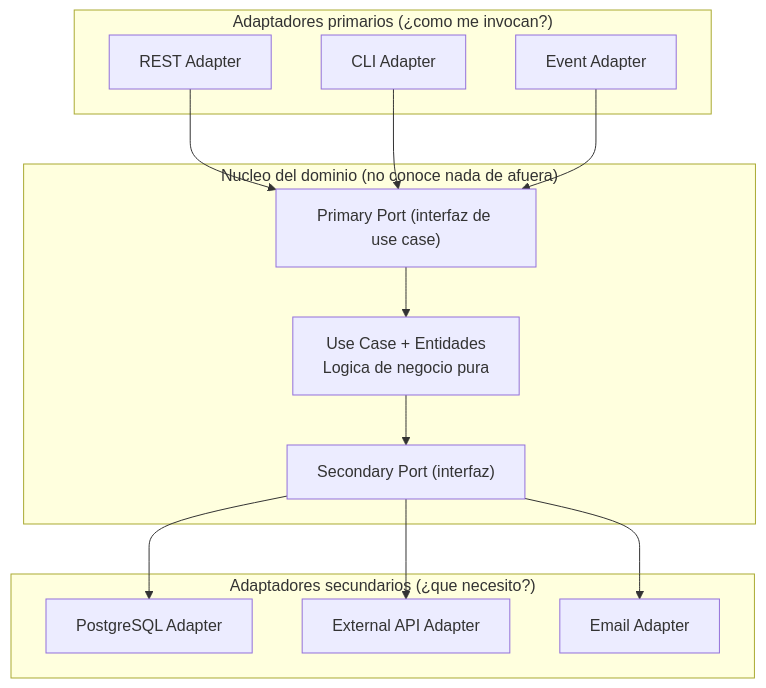
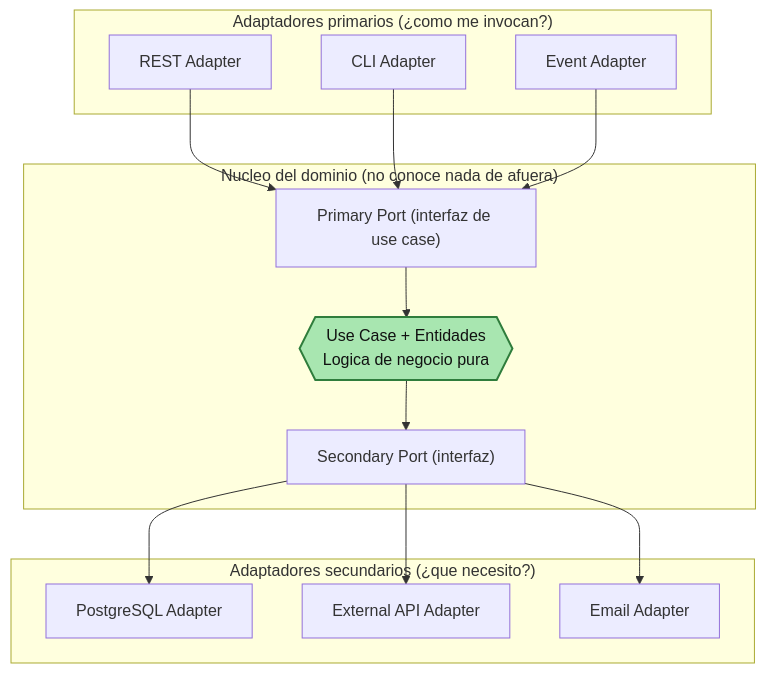
The sixth of 15 diagrams in docs/ads/sesiones/S04_Arquitecturas_Modernas.md (262ciclo4/bomerp), drawn with Mermaid before and after one commit. The commit also changed other lines of this file and 1 other file, not shown here.

Commit message:
Sesion 4

````diff
--- a/docs/ads/sesiones/S04_Arquitecturas_Modernas.md
+++ b/docs/ads/sesiones/S04_Arquitecturas_Modernas.md
@@ -219,26 +219,29 @@
 ```mermaid
 flowchart TB
     subgraph Primarios["Adaptadores primarios (¿como me invocan?)"]
         RestAdapter["REST Adapter"]
         CliAdapter["CLI Adapter"]
         EventAdapter["Event Adapter"]
     end
     subgraph Dominio["Nucleo del dominio (no conoce nada de afuera)"]
         PrimaryPort["Primary Port (interfaz de use case)"]
-        UseCase["Use Case + Entidades<br/>Logica de negocio pura"]
+        UseCase{{"Use Case + Entidades<br/>Logica de negocio pura"}}
         SecondaryPort["Secondary Port (interfaz)"]
         PrimaryPort --> UseCase --> SecondaryPort
     end
     subgraph Secundarios["Adaptadores secundarios (¿que necesito?)"]
         DbAdapter["PostgreSQL Adapter"]
         ApiAdapter["External API Adapter"]
         EmailAdapter["Email Adapter"]
     end
 
     RestAdapter --> PrimaryPort
     CliAdapter --> PrimaryPort
     EventAdapter --> PrimaryPort
     SecondaryPort --> DbAdapter
     SecondaryPort --> ApiAdapter
     SecondaryPort --> EmailAdapter
+
+    classDef dominio fill:#a8e6b0,stroke:#2f7d3c,stroke-width:2px,color:#111;
+    class UseCase dominio;
 ```
````
